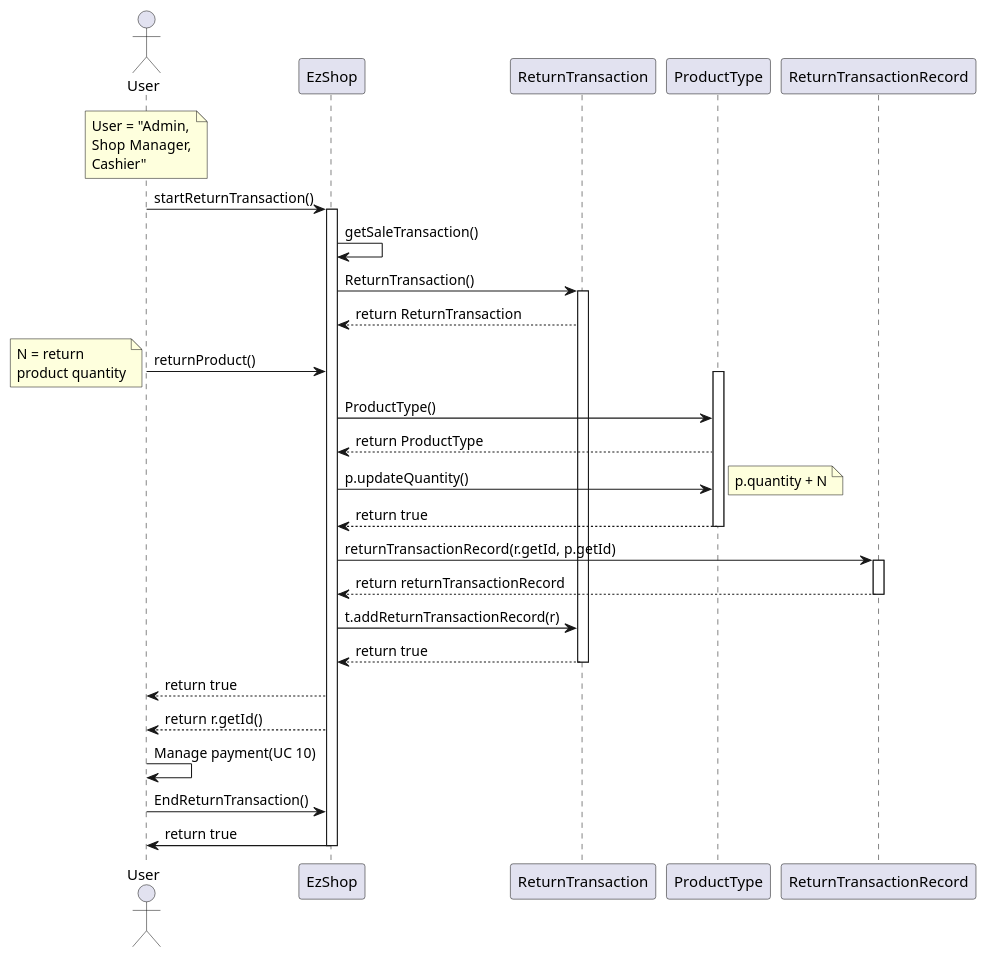
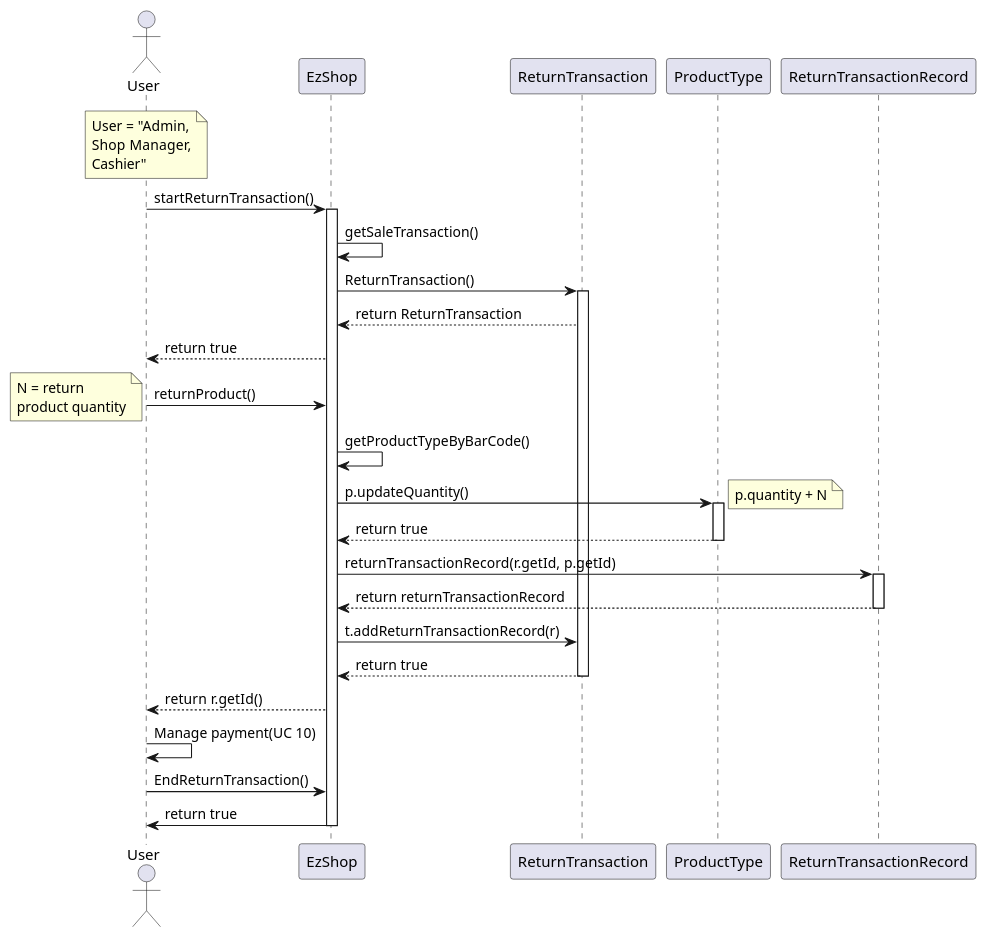
One commit to paocela/EzShop changed diagram 27 of 30 in Deliverables/DesignDocument.md. Above: the diagram before and after it, drawn with PlantUML.

Commit message:
Updated scenario 8.1/8.2

````diff
--- a/Deliverables/DesignDocument.md
+++ b/Deliverables/DesignDocument.md
@@ -815,34 +815,33 @@
 ```plantuml
 actor User
 note over User : User = "Admin,\nShop Manager,\nCashier"
 User -> EzShop : startReturnTransaction()
 activate EzShop
 EzShop -> EzShop : getSaleTransaction()
 EzShop -> ReturnTransaction  : ReturnTransaction()
 activate ReturnTransaction
 EzShop <-- ReturnTransaction  : return ReturnTransaction
+User <-- EzShop : return true
 User -> EzShop : returnProduct()
 note left : N = return \nproduct quantity
+EzShop -> EzShop : getProductTypeByBarCode()
+EzShop -> ProductType : p.updateQuantity()
 activate ProductType
-EzShop -> ProductType : ProductType()
-EzShop <-- ProductType : return ProductType
-EzShop -> ProductType : p.updateQuantity()
 note right : p.quantity + N
 EzShop <-- ProductType : return true
 deactivate ProductType
 EzShop -> ReturnTransactionRecord : returnTransactionRecord(r.getId, p.getId)
 activate ReturnTransactionRecord
 EzShop <-- ReturnTransactionRecord : return returnTransactionRecord
 deactivate ReturnTransactionRecord
 EzShop -> ReturnTransaction : t.addReturnTransactionRecord(r)
 EzShop <-- ReturnTransaction : return true
 deactivate ProductType
 deactivate ReturnTransaction
-User <-- EzShop : return true
 User <-- EzShop : return r.getId()
 User -> User : Manage payment(UC 10)
 User -> EzShop : EndReturnTransaction()
 User <- EzShop : return true
 deactivate EzShop
 
 ```
````
